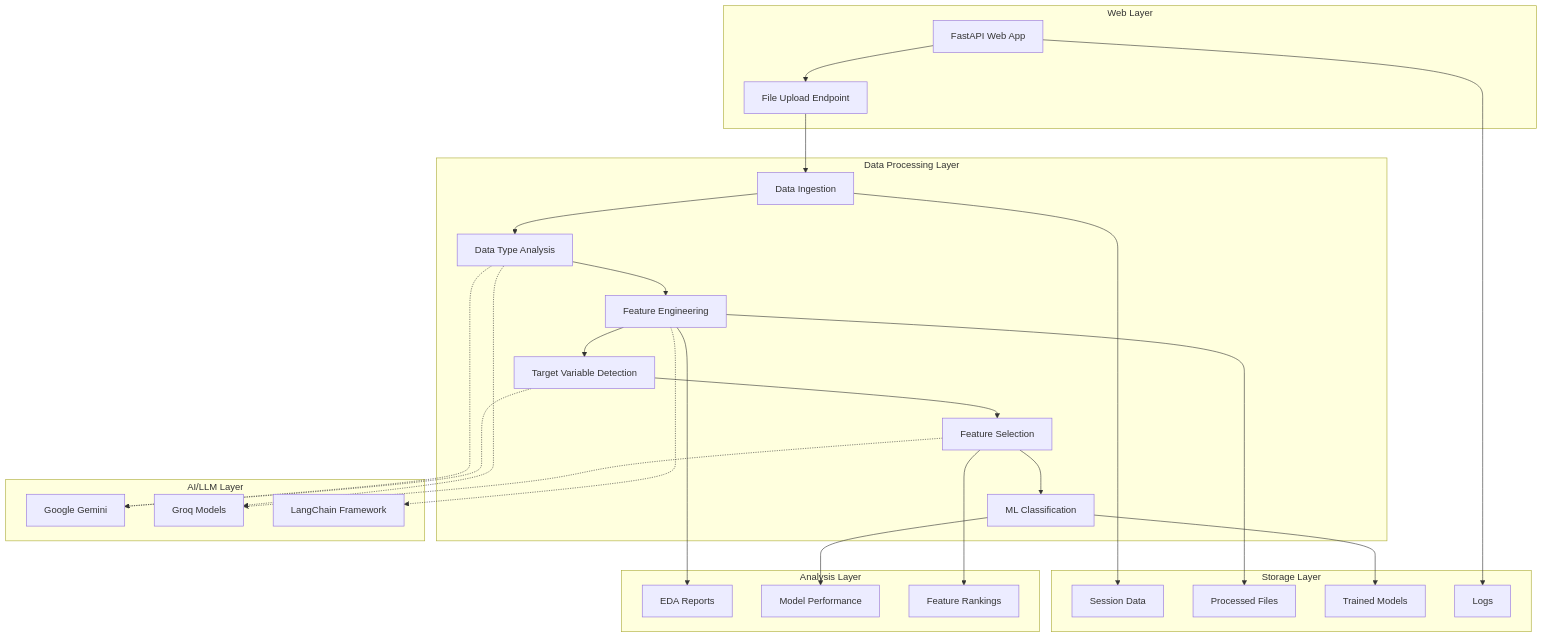
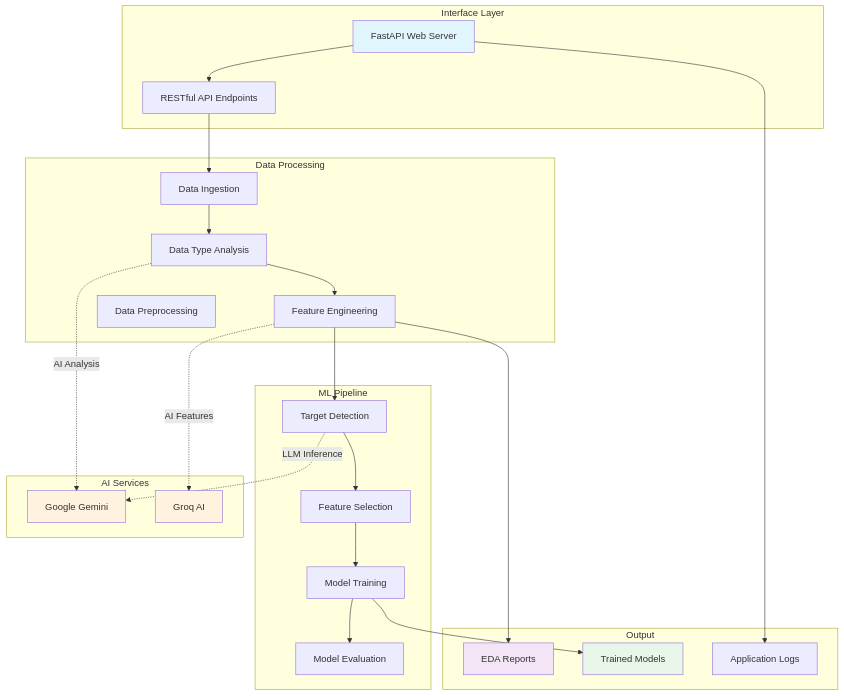
Before and after one commit to Mayuresh-Bairagi/automl: the first of 2 diagrams in README.md, drawn with Mermaid. The commit also changed other lines of this file and 66 other files, not shown here.

````diff
--- a/README.md
+++ b/README.md
@@ -119,47 +163,55 @@
 ```mermaid
 graph TB
-    subgraph "Web Layer"
-        A[FastAPI Web App] --> B[File Upload Endpoint]
+    subgraph "Interface Layer"
+        WEB[FastAPI Web Server]
+        API[RESTful API Endpoints]
     end
     
-    subgraph "Data Processing Layer"
-        C[Data Ingestion] --> D[Data Type Analysis]
-        D --> E[Feature Engineering]
-        E --> F[Target Variable Detection]
-        F --> G[Feature Selection]
-        G --> H[ML Classification]
+    subgraph "Data Processing"
+        INGEST[Data Ingestion]
+        ANALYZE[Data Type Analysis]
+        ENGINEER[Feature Engineering]
+        Clean[Data Preprocessing]
     end
     
-    subgraph "AI/LLM Layer"
-        I[Google Gemini]
-        J[Groq Models]
-        K[LangChain Framework]
+    subgraph "ML Pipeline"
+        TARGET[Target Detection]
+        SELECT[Feature Selection]
+        TRAIN[Model Training]
+        EVAL[Model Evaluation]
     end
     
-    subgraph "Storage Layer"
-        L[Session Data]
-        M[Processed Files]
-        N[Trained Models]
-        O[Logs]
+    subgraph "AI Services"
+        GEMINI[Google Gemini]
+        GROQ[Groq AI]
     end
     
-    subgraph "Analysis Layer"
-        P[EDA Reports]
-        Q[Model Performance]
-        R[Feature Rankings]
+    subgraph "Output"
+        REPORTS[EDA Reports]
+        MODELS[Trained Models]
+        LOGS[Application Logs]
     end
     
-    B --> C
-    D -.-> I
-    D -.-> J
-    E -.-> K
-    F -.-> I
-    G -.-> J
-    C --> L
-    E --> M
-    H --> N
-    A --> O
-    E --> P
-    H --> Q
-    G --> R
+    WEB --> API
+    API --> INGEST
+    INGEST --> ANALYZE
+    ANALYZE --> ENGINEER
+    ENGINEER --> TARGET
+    TARGET --> SELECT
+    SELECT --> TRAIN
+    TRAIN --> EVAL
+    
+    ANALYZE -.->|AI Analysis| GEMINI
+    ENGINEER -.->|AI Features| GROQ
+    TARGET -.->|LLM Inference| GEMINI
+    
+    ENGINEER --> REPORTS
+    TRAIN --> MODELS
+    WEB --> LOGS
+    
+    style WEB fill:#e1f5fe
+    style GEMINI fill:#fff3e0
+    style GROQ fill:#fff3e0
+    style MODELS fill:#e8f5e9
+    style REPORTS fill:#f3e5f5
 ```
````
